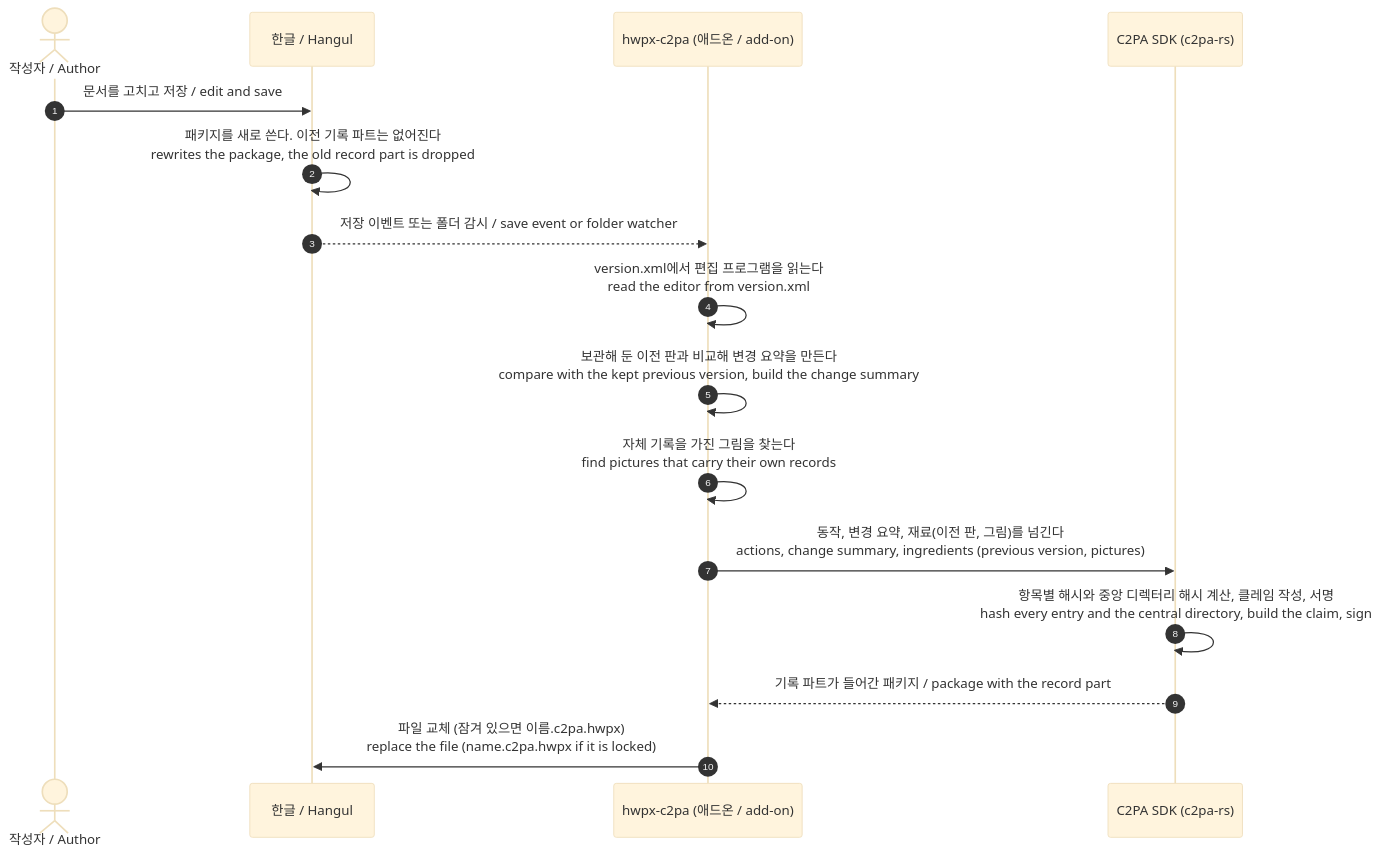
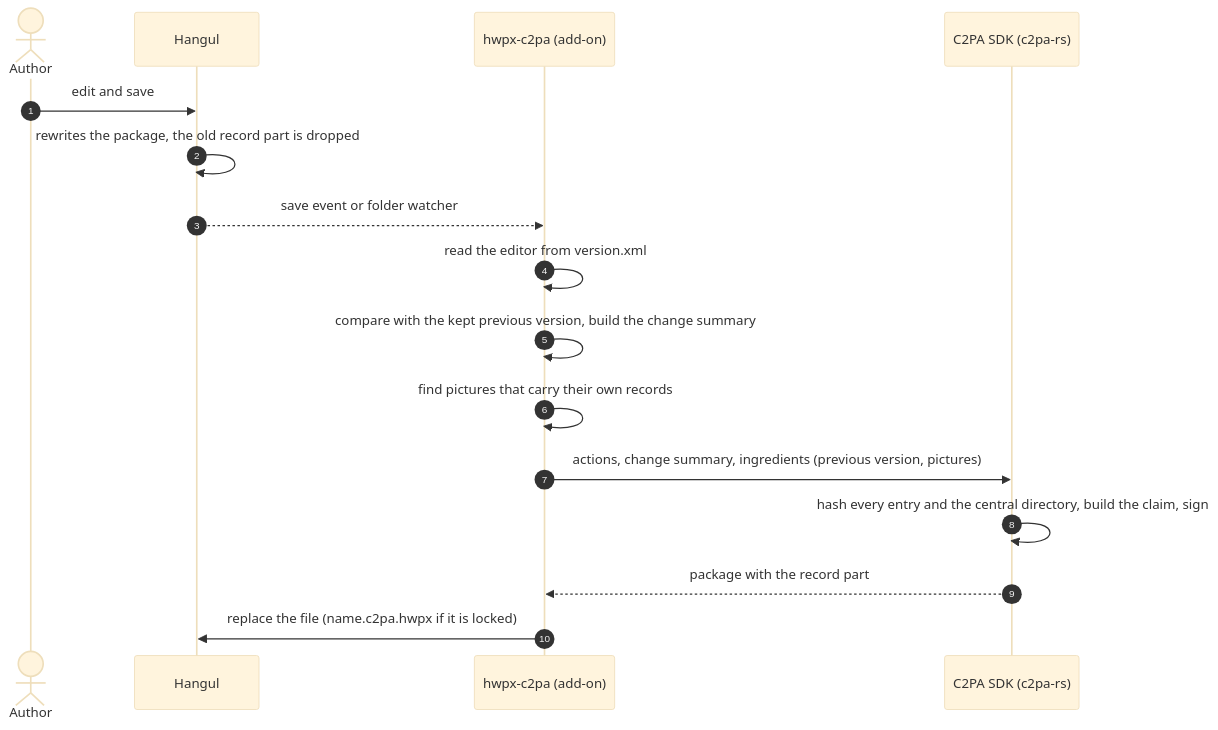
The third of 5 diagrams in docs/how-it-works.md (speeno/hwpx-c2pa), drawn with Mermaid (base theme) before and after one commit. The commit also changed other lines of this file and 9 other files, not shown here.

````diff
--- a/docs/how-it-works.md
+++ b/docs/how-it-works.md
@@ -109,18 +100,18 @@
 ```mermaid
 sequenceDiagram
   autonumber
-  actor U as 작성자 / Author
-  participant H as 한글 / Hangul
-  participant T as hwpx-c2pa (애드온 / add-on)
+  actor U as Author
+  participant H as Hangul
+  participant T as hwpx-c2pa (add-on)
   participant S as C2PA SDK (c2pa-rs)
-  U->>H: 문서를 고치고 저장 / edit and save
-  H->>H: 패키지를 새로 쓴다. 이전 기록 파트는 없어진다<br/>rewrites the package, the old record part is dropped
-  H-->>T: 저장 이벤트 또는 폴더 감시 / save event or folder watcher
-  T->>T: version.xml에서 편집 프로그램을 읽는다<br/>read the editor from version.xml
-  T->>T: 보관해 둔 이전 판과 비교해 변경 요약을 만든다<br/>compare with the kept previous version, build the change summary
-  T->>T: 자체 기록을 가진 그림을 찾는다<br/>find pictures that carry their own records
-  T->>S: 동작, 변경 요약, 재료(이전 판, 그림)를 넘긴다<br/>actions, change summary, ingredients (previous version, pictures)
-  S->>S: 항목별 해시와 중앙 디렉터리 해시 계산, 클레임 작성, 서명<br/>hash every entry and the central directory, build the claim, sign
-  S-->>T: 기록 파트가 들어간 패키지 / package with the record part
-  T->>H: 파일 교체 (잠겨 있으면 이름.c2pa.hwpx)<br/>replace the file (name.c2pa.hwpx if it is locked)
+  U->>H: edit and save
+  H->>H: rewrites the package, the old record part is dropped
+  H-->>T: save event or folder watcher
+  T->>T: read the editor from version.xml
+  T->>T: compare with the kept previous version, build the change summary
+  T->>T: find pictures that carry their own records
+  T->>S: actions, change summary, ingredients (previous version, pictures)
+  S->>S: hash every entry and the central directory, build the claim, sign
+  S-->>T: package with the record part
+  T->>H: replace the file (name.c2pa.hwpx if it is locked)
 ```
````
